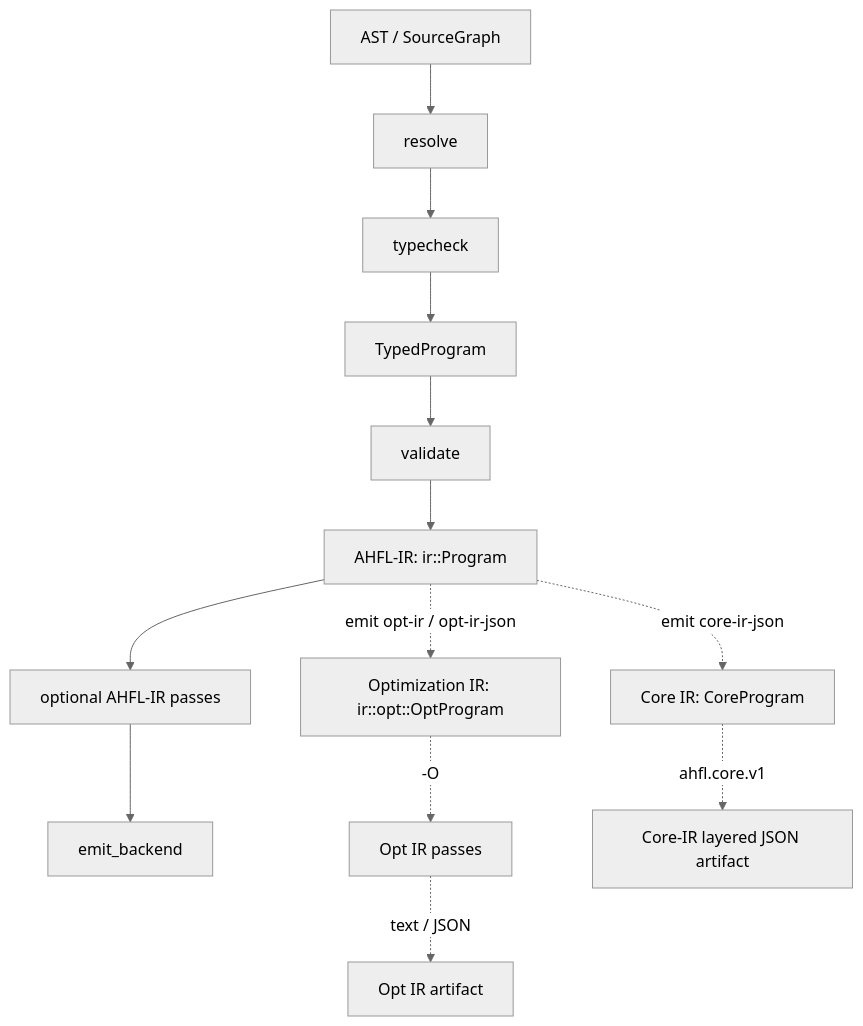
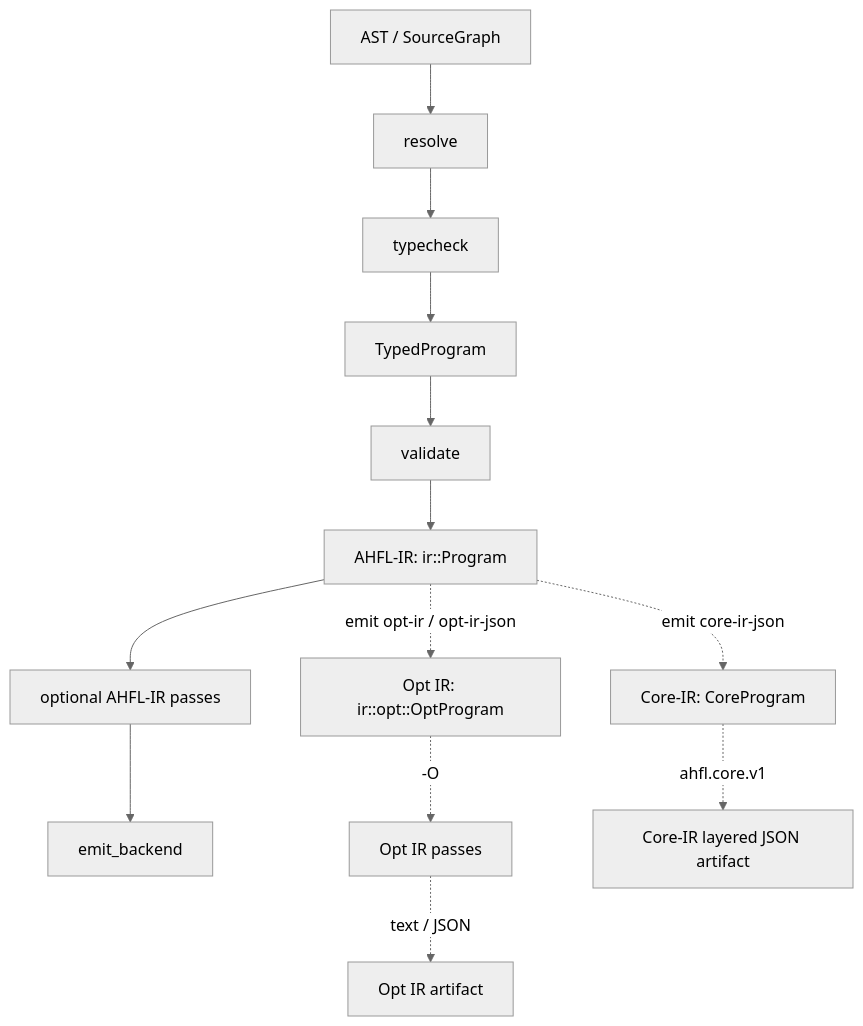
One commit to Zzzode/AHFL changed the diagram in docs/design/ir-backend-architecture.zh.md. Above: the diagram before and after it, drawn with Mermaid (neutral theme). The commit also changed 8 other files, not shown here.

````diff
--- a/docs/design/ir-backend-architecture.zh.md
+++ b/docs/design/ir-backend-architecture.zh.md
@@ -26,15 +26,15 @@
 ```mermaid
 flowchart TD
     Source[AST / SourceGraph] --> Resolve[resolve]
     Resolve --> Typecheck[typecheck]
     Typecheck --> TypedHIR[TypedProgram]
     TypedHIR --> Validate[validate]
     Validate --> SemanticIR[AHFL-IR: ir::Program]
     SemanticIR --> SemanticPasses[optional AHFL-IR passes]
     SemanticPasses --> Backend[emit_backend]
-    SemanticIR -. "emit opt-ir / opt-ir-json" .-> OptIR[Optimization IR: ir::opt::OptProgram]
+    SemanticIR -. "emit opt-ir / opt-ir-json" .-> OptIR[Opt IR: ir::opt::OptProgram]
     OptIR -. "-O" .-> OptPasses[Opt IR passes]
     OptPasses -. "text / JSON" .-> OptArtifact[Opt IR artifact]
-    SemanticIR -. "emit core-ir-json" .-> CoreIR[Core IR: CoreProgram]
+    SemanticIR -. "emit core-ir-json" .-> CoreIR[Core-IR: CoreProgram]
     CoreIR -. "ahfl.core.v1" .-> CoreArtifact[Core-IR layered JSON artifact]
 ```
````
